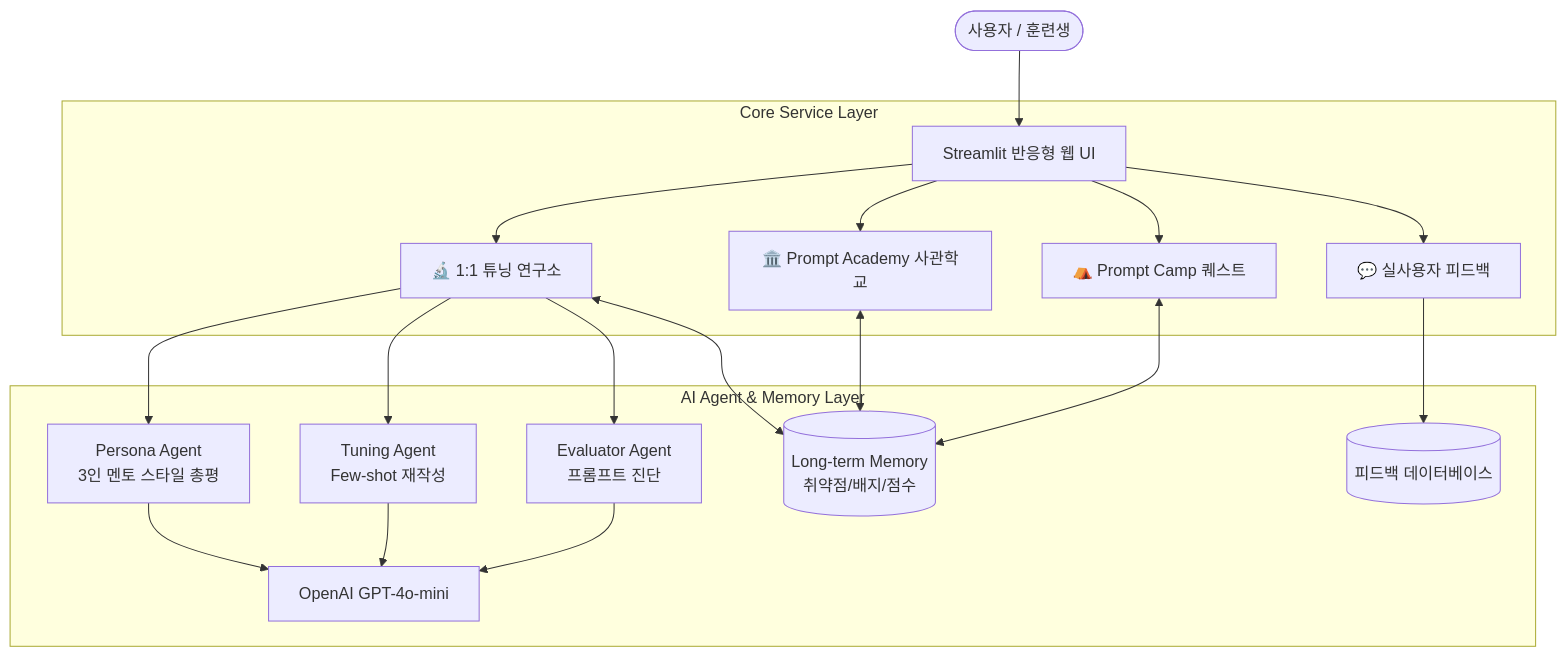
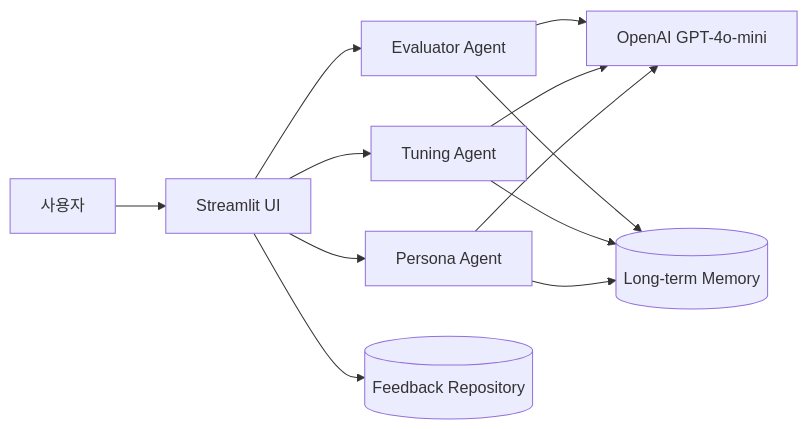
The diagram in README.md (soupie21c/final-project), drawn with Mermaid before and after one commit. The commit also changed other lines of this file, not shown here.

````diff
--- a/README.md
+++ b/README.md
@@ -41,24 +87,16 @@
 ```mermaid
-graph TD
-    User([사용자 / 훈련생]) --> UI[Streamlit 반응형 웹 UI]
-    
-    subgraph "Core Service Layer"
-        UI --> Tab1[⛺ Prompt Camp 퀘스트]
-        UI --> Tab2[🏛️ Prompt Academy 사관학교]
-        UI --> Tab3[🔬 1:1 튜닝 연구소]
-        UI --> Tab4[💬 실사용자 피드백]
-    end
+flowchart LR
+    User[사용자] --> UI[Streamlit UI]
+    UI --> Evaluator[Evaluator Agent]
+    UI --> Tuner[Tuning Agent]
+    UI --> Persona[Persona Agent]
 
-    subgraph "AI Agent & Memory Layer"
-        Tab3 --> Evaluator[Evaluator Agent<br/>프롬프트 진단]
-        Tab3 --> Tuner[Tuning Agent<br/>Few-shot 재작성]
-        Tab3 --> Mentor[Persona Agent<br/>3인 멘토 스타일 총평]
-        
-        Evaluator --> LLM[OpenAI GPT-4o-mini]
-        Tuner --> LLM
-        Mentor --> LLM
-        
-        Tab1 & Tab2 & Tab3 <--> Memory[(Long-term Memory<br/>취약점/배지/점수)]
-        Tab4 --> FeedbackDB[(피드백 데이터베이스)]
-    end
+    Evaluator --> LLM[OpenAI GPT-4o-mini]
+    Tuner --> LLM
+    Persona --> LLM
+
+    Evaluator --> Memory[(Long-term Memory)]
+    Tuner --> Memory
+    Persona --> Memory
+    UI --> Feedback[(Feedback Repository)]
 ```
````
